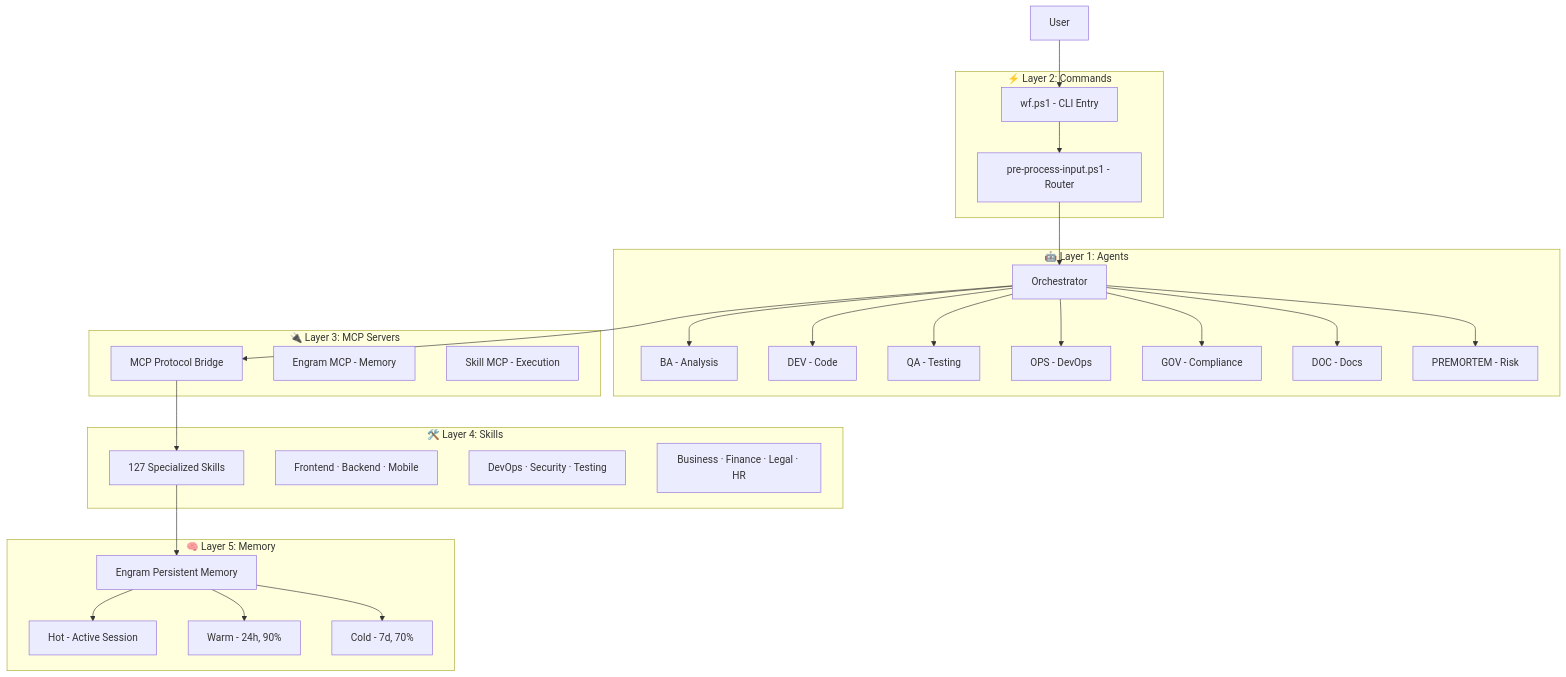
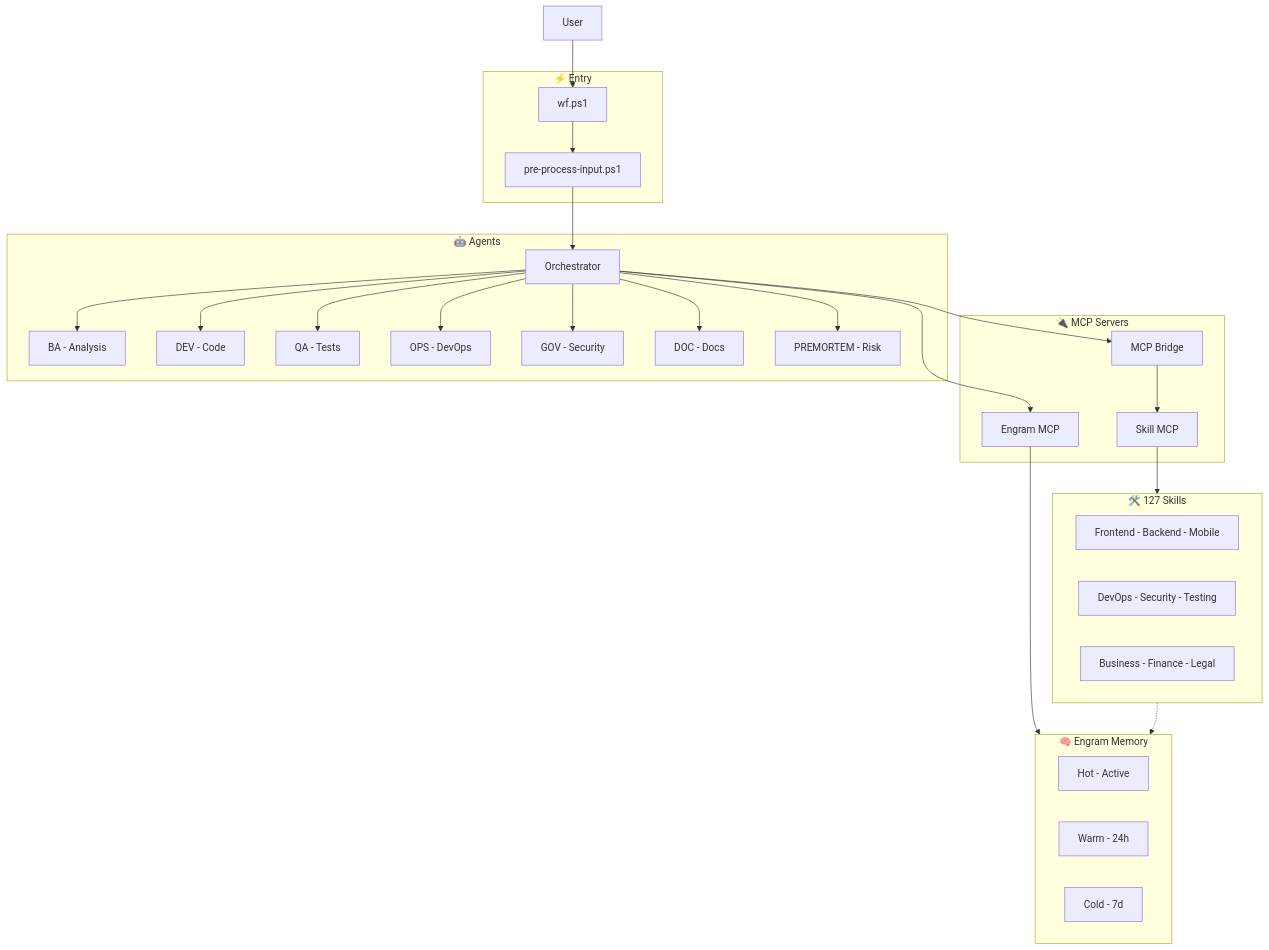
Before and after one commit to EmmanuelOrtiz87/gentle-vanguard: the second of 3 diagrams in README.md, drawn with Mermaid. The commit also changed other lines of this file, not shown here.

First line of the commit message:
docs: add live CLI example, fix Mermaid diagram, improve README structure

````diff
--- a/README.md
+++ b/README.md
@@ -46,47 +116,41 @@
 ```mermaid
 flowchart TB
-    subgraph Layer1["🤖 Layer 1: Agents"]
-        ORC[Orchestrator] --> BA[BA - Analysis]
+    subgraph AGT["🤖 Agents"]
+        ORC[Orchestrator]
+        ORC --> BA[BA - Analysis]
         ORC --> DEV[DEV - Code]
-        ORC --> QA[QA - Testing]
+        ORC --> QA[QA - Tests]
         ORC --> OPS[OPS - DevOps]
-        ORC --> GOV[GOV - Compliance]
+        ORC --> GOV[GOV - Security]
         ORC --> DOC[DOC - Docs]
         ORC --> PRE[PREMORTEM - Risk]
     end
 
-    subgraph Layer2["⚡ Layer 2: Commands"]
-        WF[wf.ps1 - CLI Entry]
-        PP[pre-process-input.ps1 - Router]
+    subgraph CLI["⚡ Entry"]
+        WF[wf.ps1]
+        PP[pre-process-input.ps1]
     end
 
-    subgraph Layer3["🔌 Layer 3: MCP Servers"]
-        MCP[MCP Protocol Bridge]
-        ENGRAM_MCP[Engram MCP - Memory]
-        SKILL_MCP[Skill MCP - Execution]
+    subgraph MCP["🔌 MCP Servers"]
+        BRIDGE[MCP Bridge]
+        EMCP[Engram MCP]
+        SMCP[Skill MCP]
     end
 
-    subgraph Layer4["🛠️ Layer 4: Skills"]
-        SKILLS[127 Specialized Skills]
-        FE[Frontend · Backend · Mobile]
-        DEVPS[DevOps · Security · Testing]
-        BIZ[Business · Finance · Legal · HR]
+    subgraph SK["🛠️ 127 Skills"]
+        FE[Frontend - Backend - Mobile]
+        OS[DevOps - Security - Testing]
+        BZ[Business - Finance - Legal]
     end
 
-    subgraph Layer5["🧠 Layer 5: Memory"]
-        ENGRAM[Engram Persistent Memory]
-        HOT[Hot - Active Session]
-        WARM[Warm - 24h, 90%]
-        COLD[Cold - 7d, 70%]
+    subgraph MEM["🧠 Engram Memory"]
+        H[Hot - Active]
+        W[Warm - 24h]
+        C[Cold - 7d]
     end
 
-    User --> WF
-    WF --> PP
-    PP --> ORC
-    ORC --> MCP
-    MCP --> SKILLS
-    SKILLS --> ENGRAM
-    ENGRAM --> HOT
-    ENGRAM --> WARM
-    ENGRAM --> COLD
+    User --> WF --> PP --> ORC
+    ORC --> BRIDGE --> SMCP --> SK
+    ORC --> EMCP --> MEM
+    SK -.-> MEM
 ```
````
